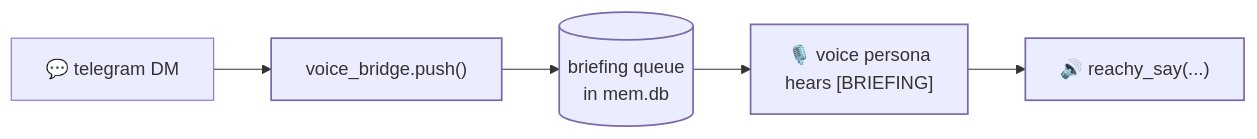
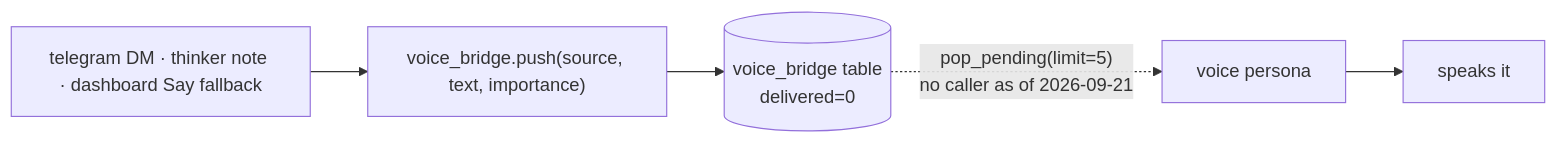
One commit to cagataycali/tiny-the-reachy changed the diagram in docs/guide/brain.md. Above: the diagram before and after it, drawn with Mermaid. The commit also changed other lines of this file and 12 other files, not shown here.

````diff
--- a/docs/guide/brain.md
+++ b/docs/guide/brain.md
@@ -39,9 +52,7 @@
 ```mermaid
 flowchart LR
-  TG["💬 telegram DM"] --> P["voice_bridge.push()"]
-  P --> Q[("briefing queue<br/>in mem.db")]
-  Q --> V["🎙️ voice persona<br/>hears [BRIEFING]"]
-  V --> S["🔊 reachy_say(...)"]
-  classDef a stroke:#7a6aa8,stroke-width:1.5px
-  class P,Q,V,S a
+  TG["telegram DM · thinker note · dashboard Say fallback"] --> P["voice_bridge.push(source, text, importance)"]
+  P --> Q[("voice_bridge table<br/>delivered=0")]
+  Q -. "pop_pending(limit=5)<br/>no caller as of 2026-09-21" .-> V["voice persona"]
+  V --> S["speaks it"]
 ```
````
